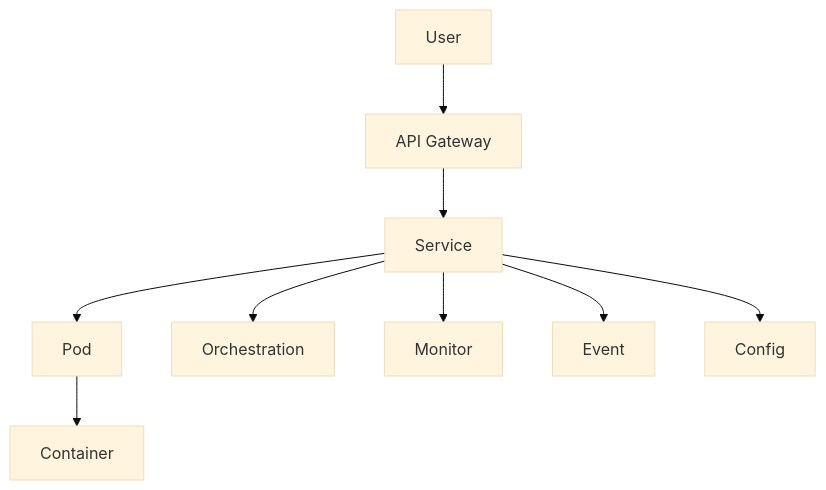
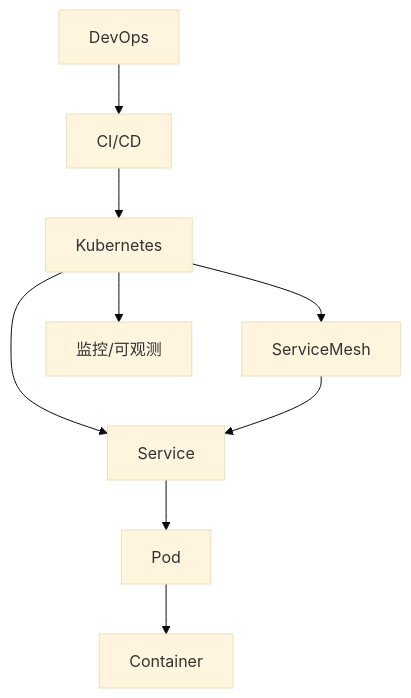
Before and after one commit to AdaMartin18010/golang: the third of 3 diagrams in docs/architecture_cloud_native_golang.md, drawn with Mermaid (base theme). The commit also changed other lines of this file and 3 other files, not shown here.

````diff
--- a/docs/architecture_cloud_native_golang.md
+++ b/docs/architecture_cloud_native_golang.md
@@ -265,11 +88,11 @@
 ```mermaid
 graph TD
-  U[User] --> GW[API Gateway]
-  GW --> S[Service]
-  S --> P[Pod]
-  P --> C[Container]
-  S --> O[Orchestration]
-  S --> M[Monitor]
-  S --> E[Event]
-  S --> CF[Config]
+  DevOps-->CI/CD
+  CI/CD-->K8s[Kubernetes]
+  K8s-->Service
+  Service-->Pod
+  Pod-->Container
+  K8s-->ServiceMesh
+  ServiceMesh-->Service
+  K8s-->Monitor[监控/可观测]
 ```
````
